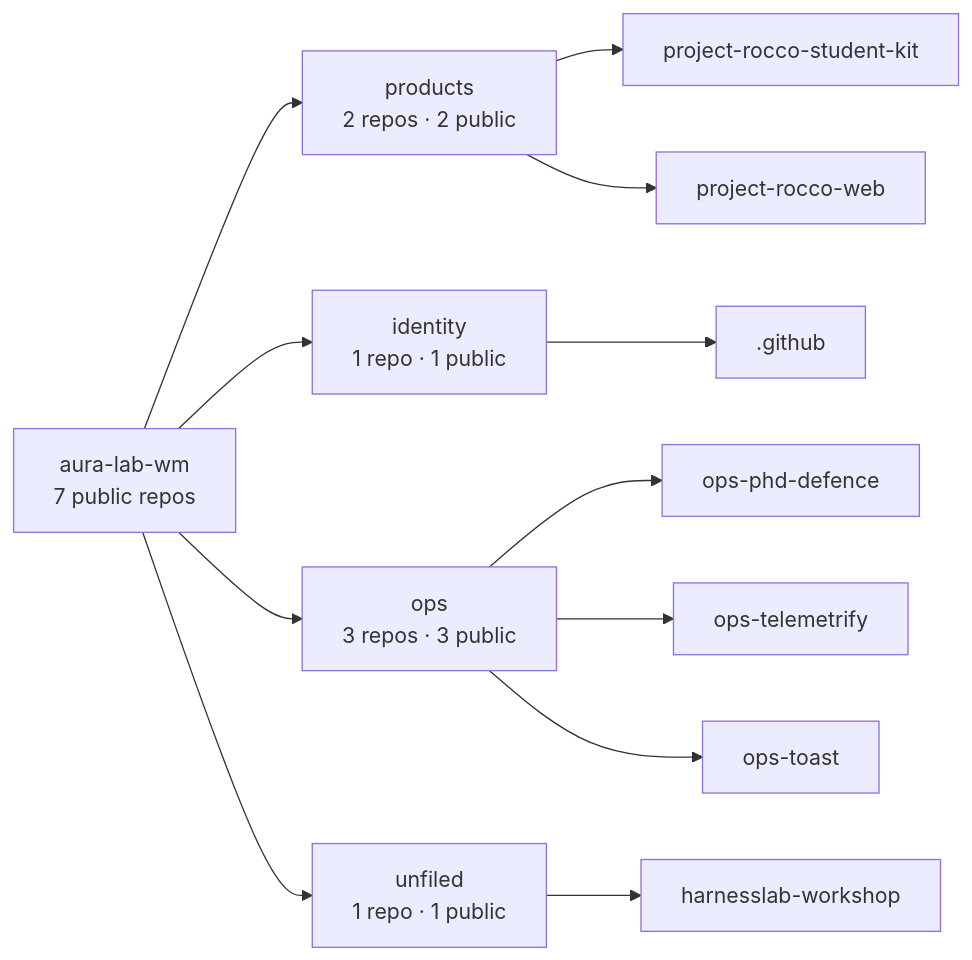
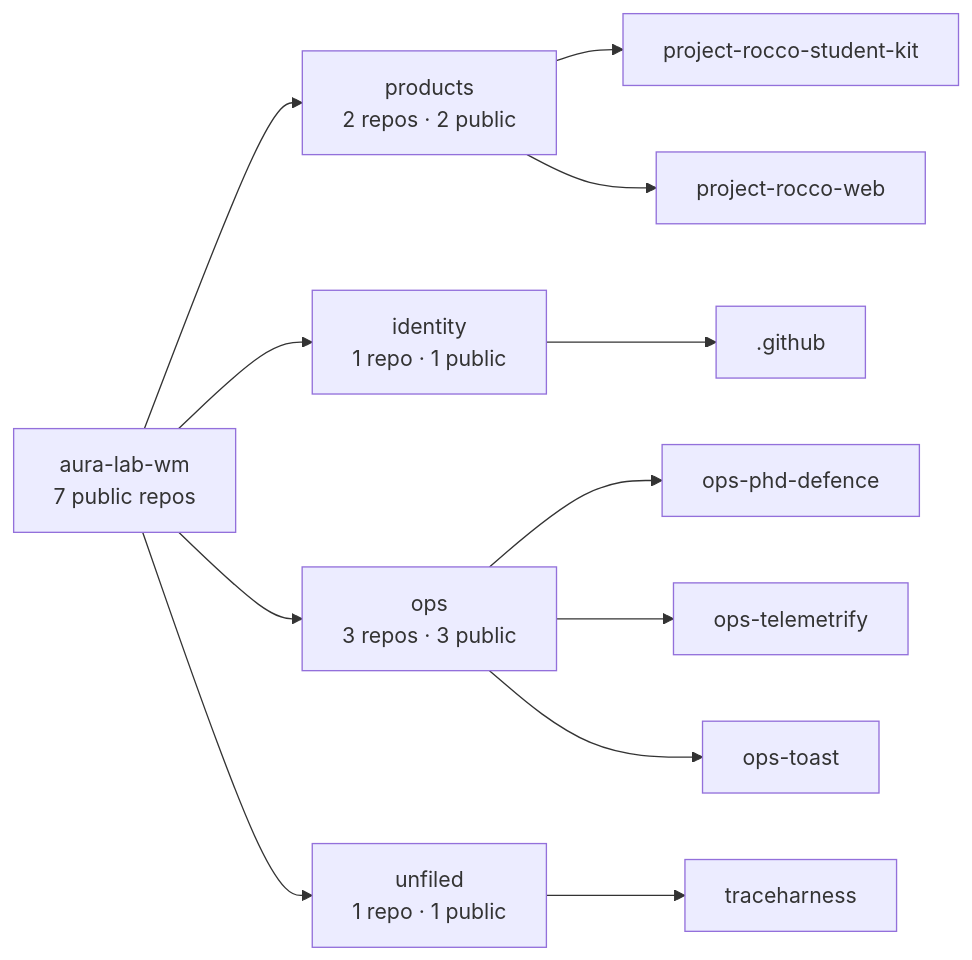
The diagram in profile/README.md (aura-lab-wm/.github), drawn with Mermaid before and after one commit. The commit also changed other lines of this file, not shown here.

````diff
--- a/profile/README.md
+++ b/profile/README.md
@@ -92,15 +92,15 @@
 ```mermaid
 flowchart LR
   ORG["aura-lab-wm<br/>7 public repos"]
   ORG --> PRODUCTS["products<br/>2 repos · 2 public"]
   PRODUCTS --> PRODUCTS_0["project-rocco-student-kit"]
   PRODUCTS --> PRODUCTS_1["project-rocco-web"]
   ORG --> IDENTITY["identity<br/>1 repo · 1 public"]
   IDENTITY --> IDENTITY_0[".github"]
   ORG --> OPS["ops<br/>3 repos · 3 public"]
   OPS --> OPS_0["ops-phd-defence"]
   OPS --> OPS_1["ops-telemetrify"]
   OPS --> OPS_2["ops-toast"]
   ORG --> UNFILED["unfiled<br/>1 repo · 1 public"]
-  UNFILED --> UNFILED_0["harnesslab-workshop"]
+  UNFILED --> UNFILED_0["traceharness"]
 ```
````
